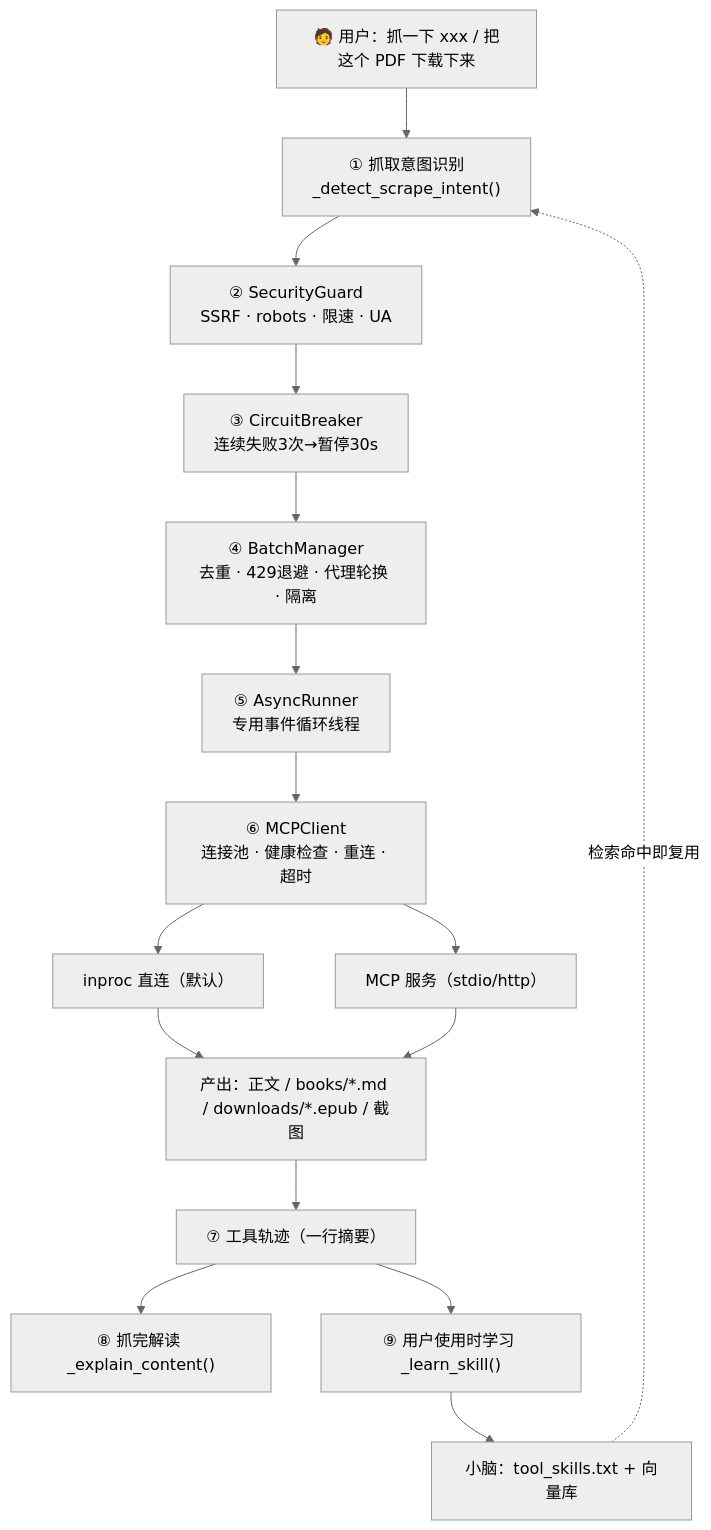
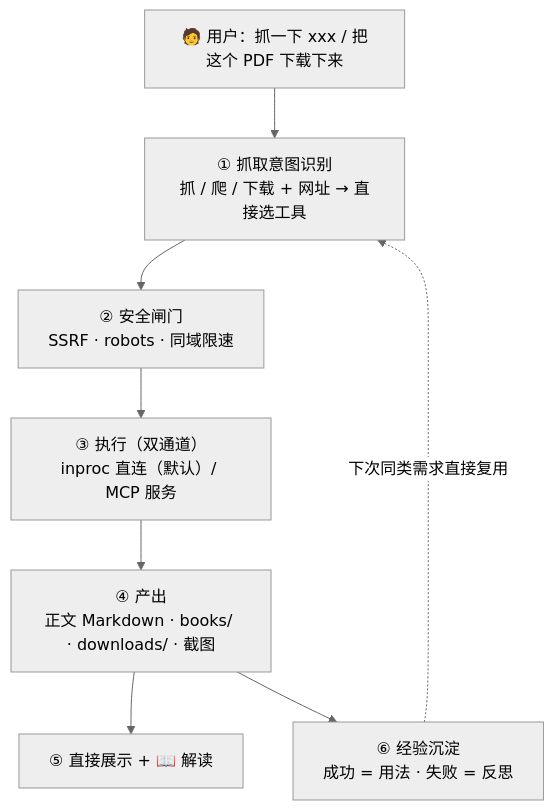
One commit to jiangchuangege/xiaojiao-harness changed the first of 2 diagrams in docs/scrapling.md. Above: the diagram before and after it, drawn with Mermaid (neutral theme). The commit also changed other lines of this file and 1 other file, not shown here.

Commit message:
docs: 图与表去杂——抓取数据流图拆成两张清爽小图(主流程 + 插件组件), 改动全景图从 10 个文件节点压成 5 个分组, 原则表改成清单(不再竖排挤字), 增强工具表修掉挤成一团的单元格; 边界四条改成一句免责声明

````diff
--- a/docs/scrapling.md
+++ b/docs/scrapling.md
@@ -140,18 +140,10 @@
 ```mermaid
 flowchart TB
-    Q["🧑 用户：抓一下 xxx / 把这个 PDF 下载下来"] --> DI["① 抓取意图识别<br/>_detect_scrape_intent()"]
-    DI --> SEC["② SecurityGuard<br/>SSRF · robots · 限速 · UA"]
-    SEC --> CB["③ CircuitBreaker<br/>连续失败3次→暂停30s"]
-    CB --> BM["④ BatchManager<br/>去重 · 429退避 · 代理轮换 · 隔离"]
-    BM --> AR["⑤ AsyncRunner<br/>专用事件循环线程"]
-    AR --> MC["⑥ MCPClient<br/>连接池 · 健康检查 · 重连 · 超时"]
-    MC --> IP["inproc 直连（默认）"]
-    MC --> MP["MCP 服务（stdio/http）"]
-    IP --> OUT["产出：正文 / books/*.md / downloads/*.epub / 截图"]
-    MP --> OUT
-    OUT --> TR["⑦ 工具轨迹（一行摘要）"]
-    TR --> EX["⑧ 抓完解读 _explain_content()"]
-    TR --> LE["⑨ 用户使用时学习 _learn_skill()"]
-    LE --> VEC["小脑：tool_skills.txt + 向量库"]
-    VEC -. 检索命中即复用 .-> DI
+    Q["🧑 用户：抓一下 xxx / 把这个 PDF 下载下来"] --> DI["① 抓取意图识别<br/>抓 / 爬 / 下载 + 网址 → 直接选工具"]
+    DI --> SEC["② 安全闸门<br/>SSRF · robots · 同域限速"]
+    SEC --> AR["③ 执行（双通道）<br/>inproc 直连（默认）/ MCP 服务"]
+    AR --> OUT["④ 产出<br/>正文 Markdown · books/ · downloads/ · 截图"]
+    OUT --> EX["⑤ 直接展示 + 📖 解读"]
+    OUT --> LE["⑥ 经验沉淀<br/>成功 = 用法 · 失败 = 反思"]
+    LE -. "下次同类需求直接复用" .-> DI
 ```
````
